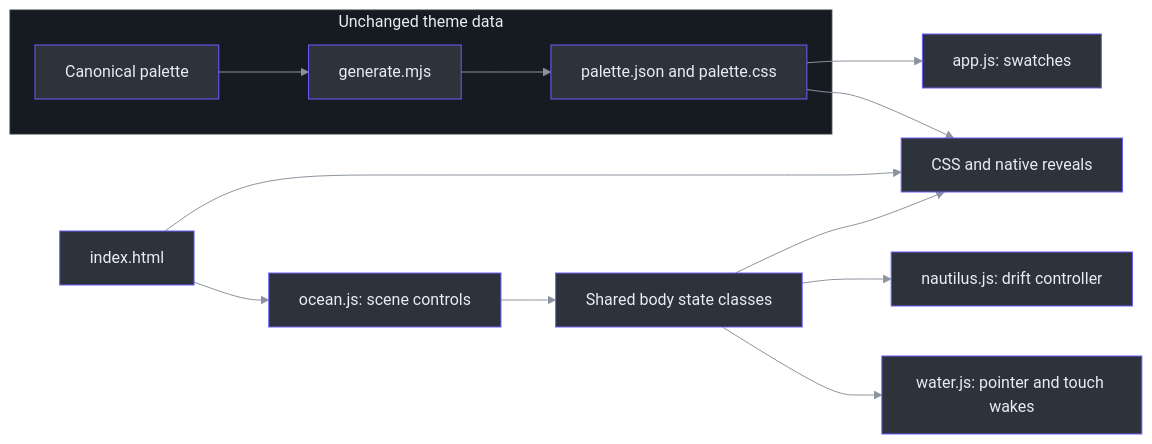
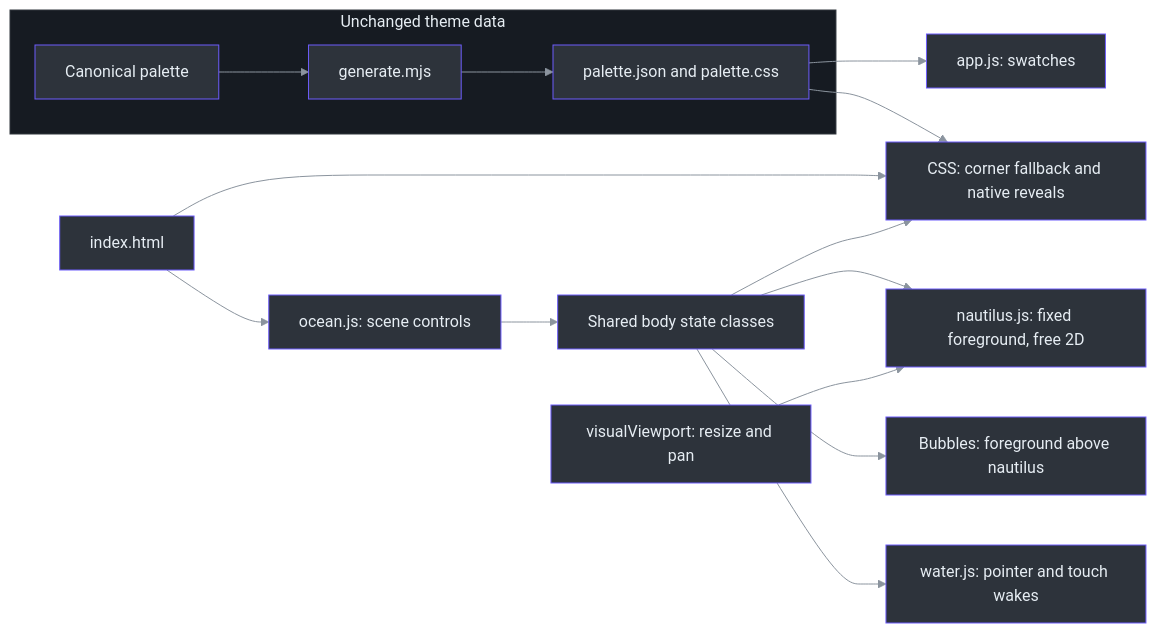
The first of 2 diagrams in docs/SHOWCASE.md (Zanark/DeepSeaFoam), drawn with Mermaid before and after one commit. The commit also changed other lines of this file and 51 other files, not shown here.

First line of the commit message:
Add seven app themes and free-roaming foreground nautilus

````diff
--- a/docs/SHOWCASE.md
+++ b/docs/SHOWCASE.md
@@ -25,32 +25,34 @@
 ```mermaid
 ---
 config:
   theme: base
   themeVariables:
     background: "#161b22"
     primaryColor: "#2d333b"
     primaryBorderColor: "#6d5dfc"
     primaryTextColor: "#e6edf3"
     lineColor: "#8b949e"
     clusterBkg: "#161b22"
     clusterBorder: "#30363d"
 ---
 flowchart LR
   accTitle: Showcase architecture and palette boundary
-  accDescr: Generated palette assets feed the swatches and CSS. Ocean state coordinates independent motion modules, while native checkbox reveals remain usable without JavaScript.
+  accDescr: Generated palette assets feed the swatches and CSS. Ocean state coordinates a fixed foreground nautilus, bubbles painted above it, and background water. CSS provides a corner fallback and native checkbox reveals without JavaScript.
   subgraph Data["Unchanged theme data"]
     P["Canonical palette"] --> G["generate.mjs"]
     G --> A["palette.json and palette.css"]
   end
   A --> S["app.js: swatches"]
-  A --> C["CSS and native reveals"]
+  A --> C["CSS: corner fallback and native reveals"]
   H["index.html"] --> C
   H --> O["ocean.js: scene controls"]
   O --> B["Shared body state classes"]
   B --> C
-  B --> N["nautilus.js: drift controller"]
+  B --> N["nautilus.js: fixed foreground, free 2D"]
+  V["visualViewport: resize and pan"] --> N
+  B --> K["Bubbles: foreground above nautilus"]
   B --> W["water.js: pointer and touch wakes"]
   classDef default fill:#2d333b,stroke:#6d5dfc,color:#e6edf3
   style Data fill:#161b22,stroke:#30363d,color:#e6edf3
   linkStyle default stroke:#8b949e
 ```
````
